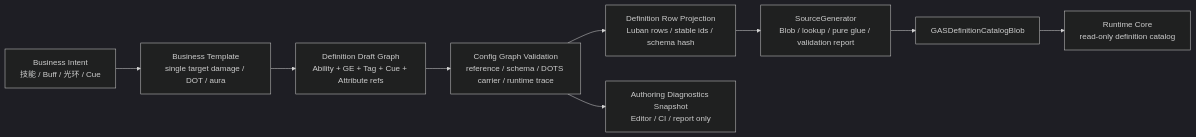
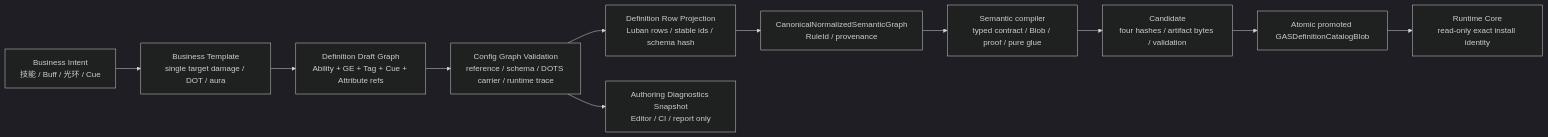
Before and after one commit to Bo-ki/gameplay-ability-system-for-unity: the diagram in 方案讨论/针对2.0的ECS架构的迭代方案讨论/01-目标态架构共识/19-GAS业务编辑路径与配置链职责Spec.md, drawn with Mermaid (dark theme). The commit also changed other lines of this file and 10 other files, not shown here.

````diff
--- a/方案讨论/针对2.0的ECS架构的迭代方案讨论/01-目标态架构共识/19-GAS业务编辑路径与配置链职责Spec.md
+++ b/方案讨论/针对2.0的ECS架构的迭代方案讨论/01-目标态架构共识/19-GAS业务编辑路径与配置链职责Spec.md
@@ -67,11 +69,13 @@
 ```mermaid
 flowchart LR
     Intent["Business Intent\n技能 / Buff / 光环 / Cue"] --> Template["Business Template\nsingle target damage / DOT / aura"]
     Template --> Draft["Definition Draft Graph\nAbility + GE + Tag + Cue + Attribute refs"]
     Draft --> Validate["Config Graph Validation\nreference / schema / DOTS carrier / runtime trace"]
     Validate --> Projection["Definition Row Projection\nLuban rows / stable ids / schema hash"]
-    Projection --> SourceGen["SourceGenerator\nBlob / lookup / pure glue / validation report"]
-    SourceGen --> Catalog["GASDefinitionCatalogBlob"]
-    Catalog --> Runtime["Runtime Core\nread-only definition catalog"]
+    Projection --> Graph["CanonicalNormalizedSemanticGraph\nRuleId / provenance"]
+    Graph --> SourceGen["Semantic compiler\ntyped contract / Blob / proof / pure glue"]
+    SourceGen --> Candidate["Candidate\nfour hashes / artifact bytes / validation"]
+    Candidate --> Catalog["Atomic promoted GASDefinitionCatalogBlob"]
+    Catalog --> Runtime["Runtime Core\nread-only exact install identity"]
     Validate --> Snapshot["Authoring Diagnostics Snapshot\nEditor / CI / report only"]
 ```
````
